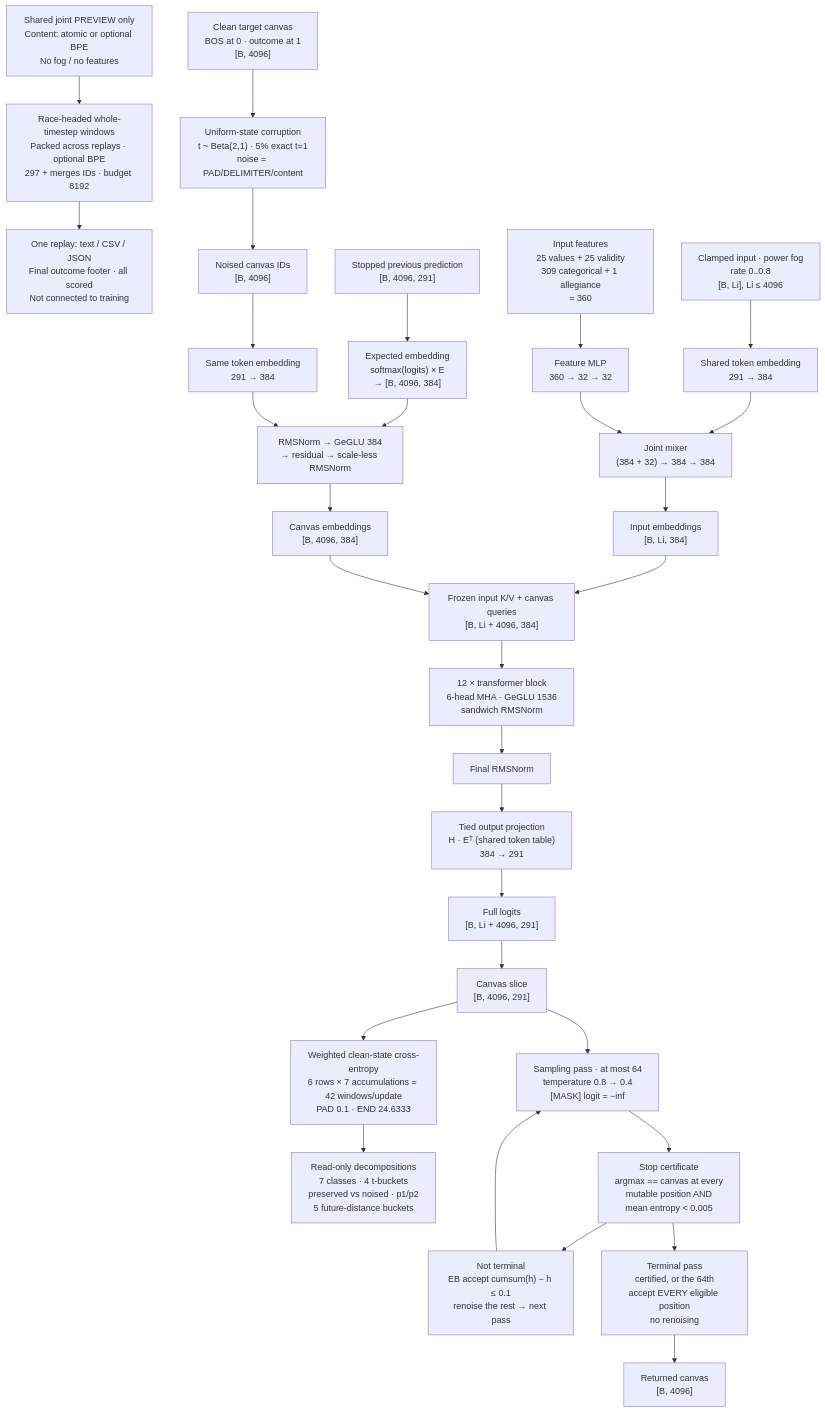
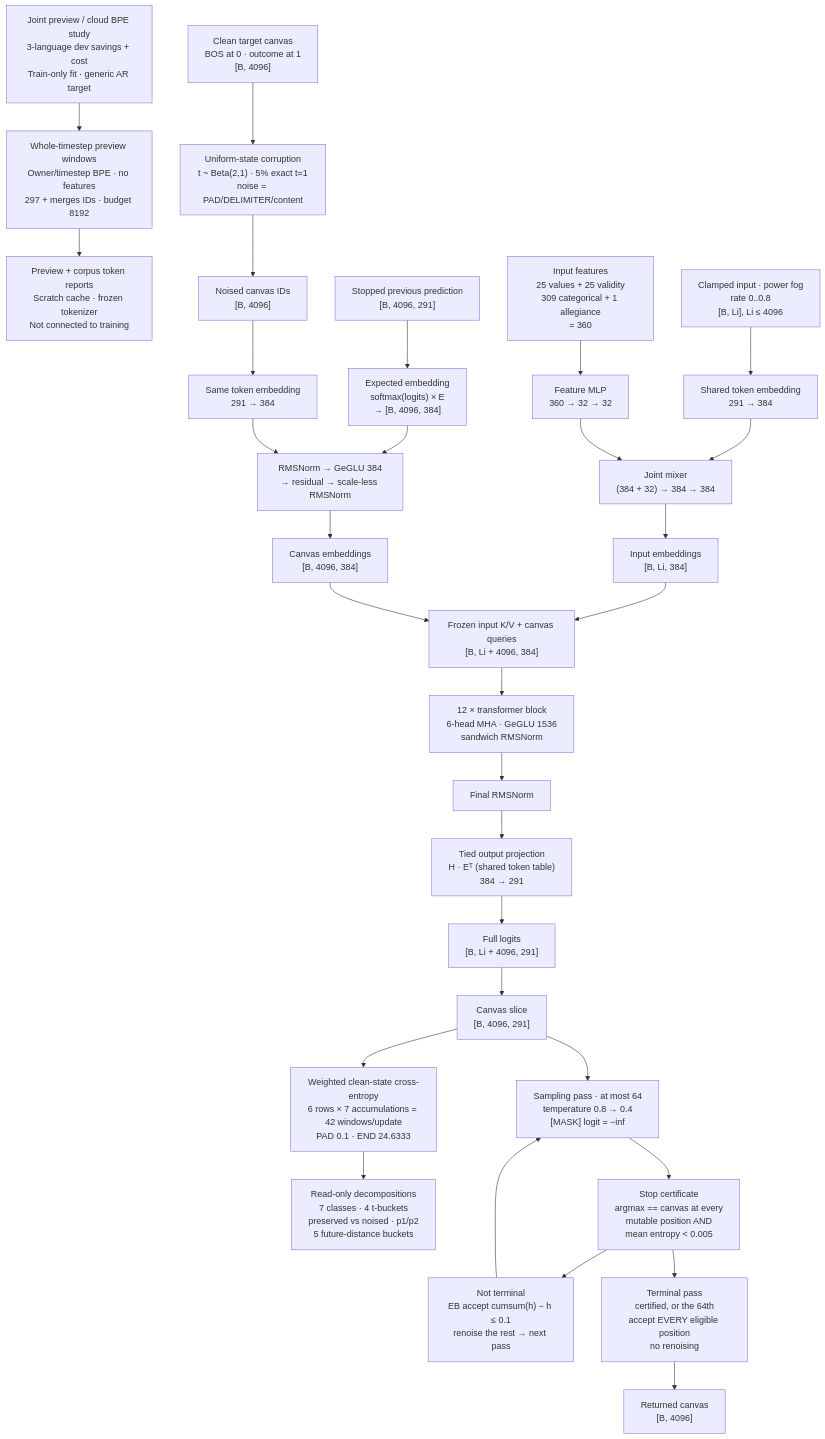
Before and after one commit to mataeo-eh/Thesis_ML: the diagram in Model_Architecture/MODEL_ARCHITECTURE_DIAGRAM.mmd, drawn with Mermaid. The commit also changed 25 other files, not shown here.

Commit message:
Add restartable tokenizer vocabulary study and OSCER handoff

```diff
--- a/Model_Architecture/MODEL_ARCHITECTURE_DIAGRAM.mmd
+++ b/Model_Architecture/MODEL_ARCHITECTURE_DIAGRAM.mmd
@@ -1,43 +1,43 @@
 flowchart TD
-    P["Shared joint PREVIEW only<br/>Content: atomic or optional BPE<br/>No fog / no features"] --> JW["Race-headed whole-timestep windows<br/>Packed across replays · optional BPE<br/>297 + merges IDs · budget 8192"]
-    JW --> PO["One replay: text / CSV / JSON<br/>Final outcome footer · all scored<br/>Not connected to training"]
+    P["Joint preview / cloud BPE study<br/>3-language dev savings + cost<br/>Train-only fit · generic AR target"] --> JW["Whole-timestep preview windows<br/>Owner/timestep BPE · no features<br/>297 + merges IDs · budget 8192"]
+    JW --> PO["Preview + corpus token reports<br/>Scratch cache · frozen tokenizer<br/>Not connected to training"]
     %% Training schedule: WSD = 500-step warmup, stable middle, final 20% decay.
     %% Default stop and schedule horizons match; the capacity suite deliberately
     %% stops at epoch 3 while retaining each arm's 50-epoch LR/EMA horizon.
     %% Fog/corruption/self-conditioning are paired per seed + epoch + example.
     A["Clamped input · power fog<br/>rate 0..0.8<br/>[B, Li], Li ≤ 4096"] --> E["Shared token embedding<br/>291 → 384"]
     AF["Input features<br/>25 values + 25 validity<br/>309 categorical + 1 allegiance<br/>= 360"] --> FM["Feature MLP<br/>360 → 32 → 32"]
     E --> JM["Joint mixer<br/>(384 + 32) → 384 → 384"]
     FM --> JM
     JM --> IE["Input embeddings<br/>[B, Li, 384]"]
 
     T["Clean target canvas<br/>BOS at 0 · outcome at 1<br/>[B, 4096]"] --> C["Uniform-state corruption<br/>t ~ Beta(2,1) · 5% exact t=1<br/>noise = PAD/DELIMITER/content"]
     C --> NE["Noised canvas IDs<br/>[B, 4096]"]
     NE --> E2["Same token embedding<br/>291 → 384"]
 
     FP["Stopped previous prediction<br/>[B, 4096, 291]"] --> EX["Expected embedding<br/>softmax(logits) × E<br/>→ [B, 4096, 384]"]
     EX --> SC["RMSNorm → GeGLU 384<br/>→ residual → scale-less RMSNorm"]
     E2 --> SC
     SC --> CE["Canvas embeddings<br/>[B, 4096, 384]"]
 
     IE --> CAT["Frozen input K/V + canvas queries<br/>[B, Li + 4096, 384]"]
     CE --> CAT
 
     CAT --> TR["12 × transformer block<br/>6-head MHA · GeGLU 1536<br/>sandwich RMSNorm"]
     TR --> FN["Final RMSNorm"]
     FN --> OH["Tied output projection<br/>H · Eᵀ (shared token table)<br/>384 → 291"]
     OH --> FULL["Full logits<br/>[B, Li + 4096, 291]"]
     FULL --> SLICE["Canvas slice<br/>[B, 4096, 291]"]
     SLICE --> LOSS["Weighted clean-state cross-entropy<br/>6 rows × 7 accumulations = 42 windows/update<br/>PAD 0.1 · END 24.6333"]
     LOSS --> DEC["Read-only decompositions<br/>7 classes · 4 t-buckets<br/>preserved vs noised · p1/p2<br/>5 future-distance buckets"]
 
     %% Inference: nonmonotonic uniform entropy-bounded sampling, at most 64 passes.
     %% A pass is TERMINAL when the certificate fires or the ceiling ends the row;
     %% a terminal pass commits every eligible position and renoises nothing, so
     %% the returned canvas is exactly the state the stop decision validated.
     SLICE --> SAMP["Sampling pass · at most 64<br/>temperature 0.8 → 0.4<br/>[MASK] logit = −inf"]
     SAMP --> FIX["Stop certificate<br/>argmax == canvas at every<br/>mutable position AND<br/>mean entropy &lt; 0.005"]
     FIX --> EBA["Not terminal<br/>EB accept cumsum(h) − h ≤ 0.1<br/>renoise the rest → next pass"]
     EBA --> SAMP
     FIX --> TERM["Terminal pass<br/>certified, or the 64th<br/>accept EVERY eligible position<br/>no renoising"]
     TERM --> RET["Returned canvas<br/>[B, 4096]"]
```
